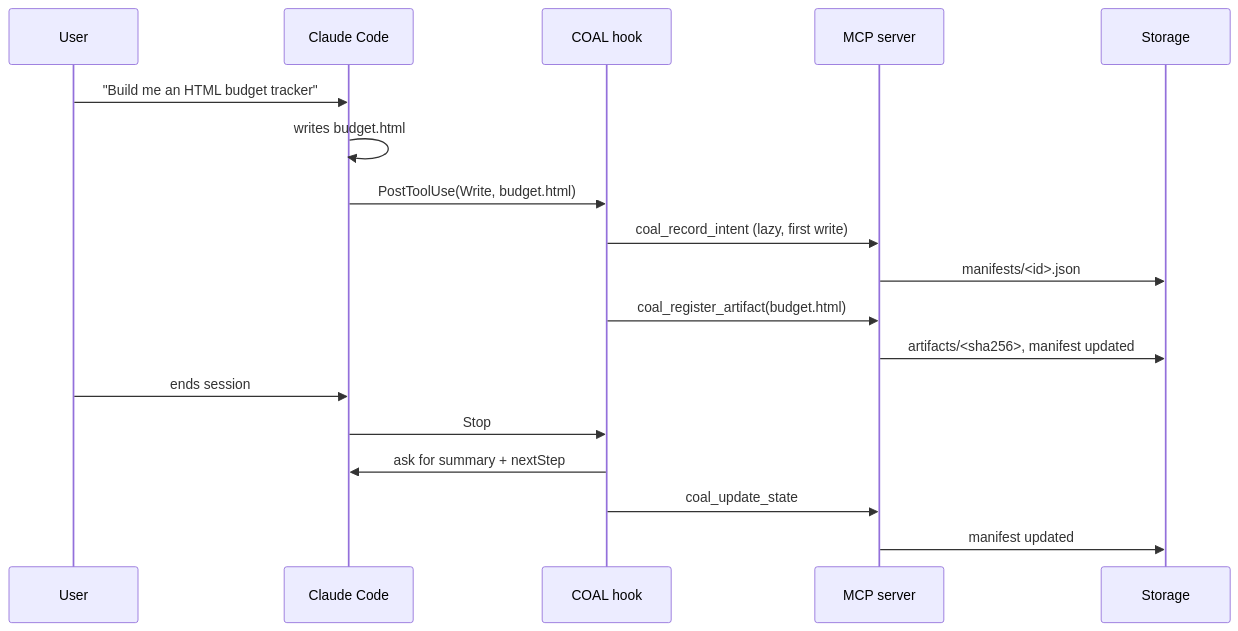
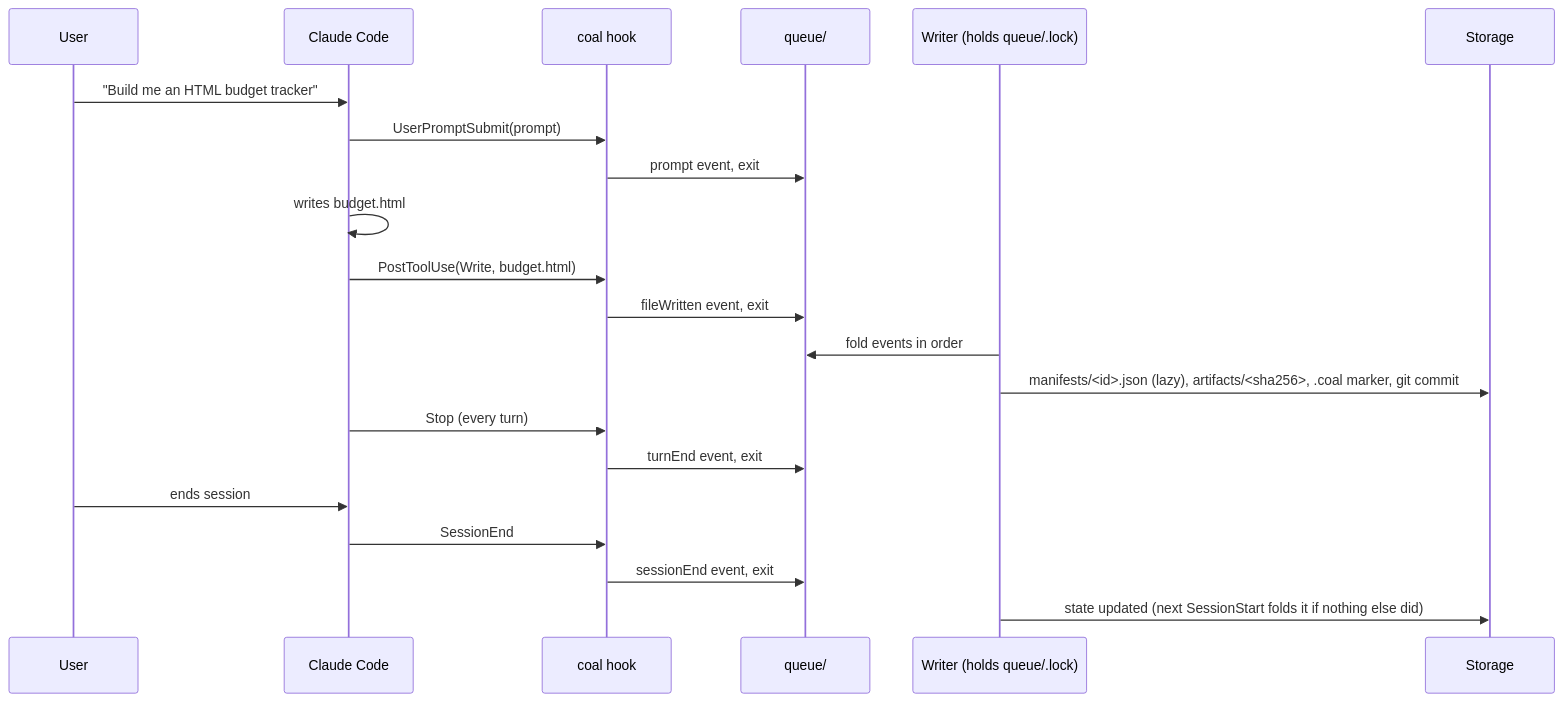
The third of 6 diagrams in docs/03-ARCHITECTURE.md (calebtonn/coal), drawn with Mermaid before and after one commit. The commit also changed 5 other files, not shown here.

````diff
--- a/docs/03-ARCHITECTURE.md
+++ b/docs/03-ARCHITECTURE.md
@@ -56,21 +56,24 @@
 ```mermaid
 sequenceDiagram
     participant U as User
     participant CC as Claude Code
-    participant H as COAL hook
-    participant M as MCP server
+    participant H as coal hook
+    participant Q as queue/
+    participant W as Writer (holds queue/.lock)
     participant S as Storage
 
     U->>CC: "Build me an HTML budget tracker"
+    CC->>H: UserPromptSubmit(prompt)
+    H->>Q: prompt event, exit
     CC->>CC: writes budget.html
     CC->>H: PostToolUse(Write, budget.html)
-    H->>M: coal_record_intent (lazy, first write)
-    M->>S: manifests/<id>.json
-    H->>M: coal_register_artifact(budget.html)
-    M->>S: artifacts/<sha256>, manifest updated
+    H->>Q: fileWritten event, exit
+    W->>Q: fold events in order
+    W->>S: manifests/<id>.json (lazy), artifacts/<sha256>, .coal marker, git commit
+    CC->>H: Stop (every turn)
+    H->>Q: turnEnd event, exit
     U->>CC: ends session
-    CC->>H: Stop
-    H->>CC: ask for summary + nextStep
-    H->>M: coal_update_state
-    M->>S: manifest updated
+    CC->>H: SessionEnd
+    H->>Q: sessionEnd event, exit
+    W->>S: state updated (next SessionStart folds it if nothing else did)
 ```
````
